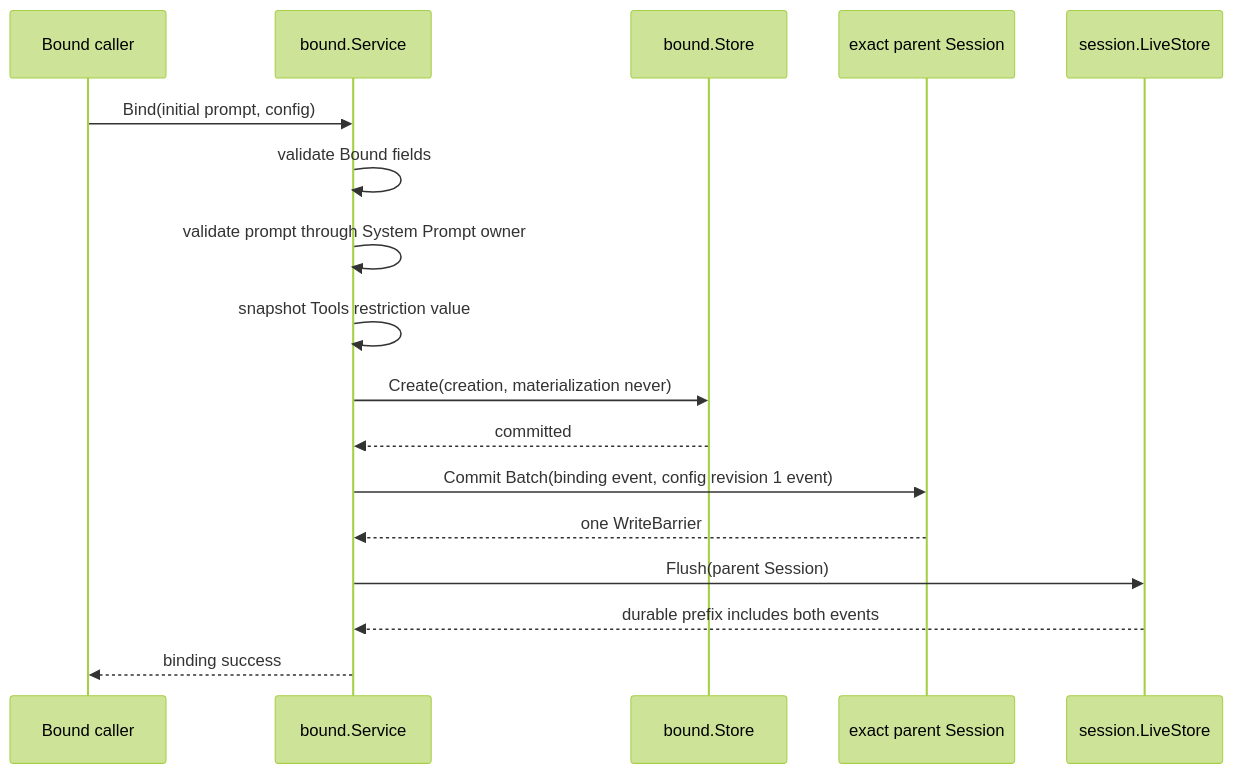
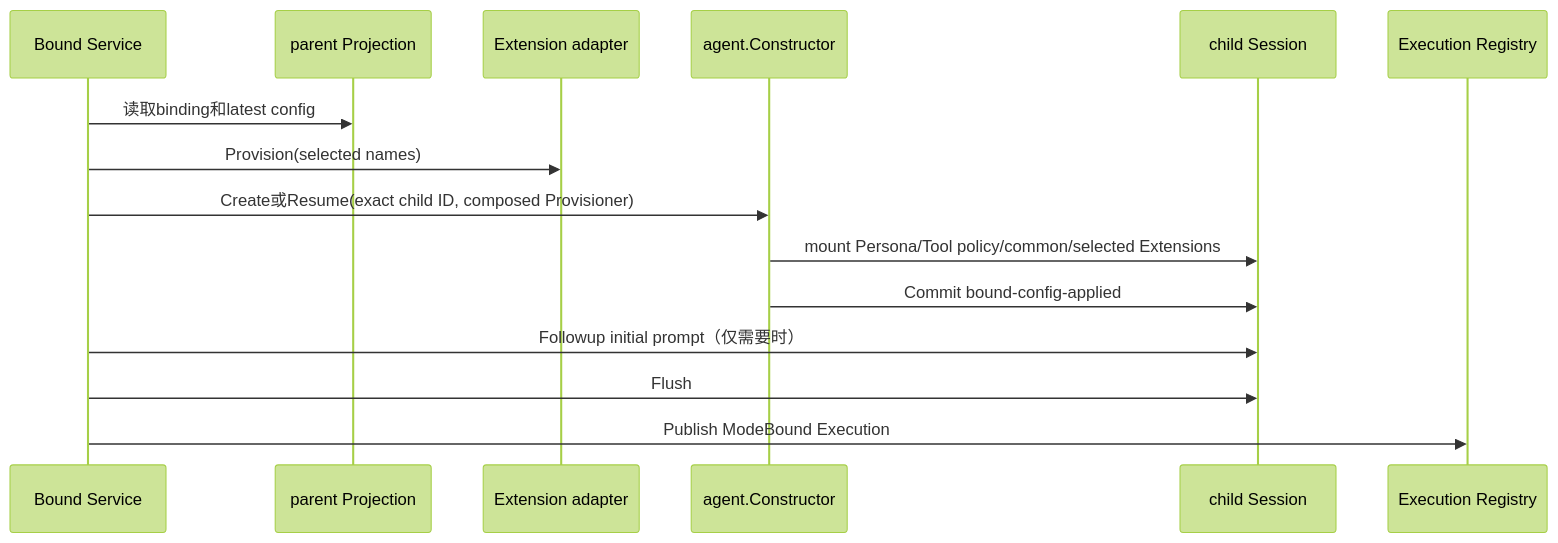
Before and after one commit to gorenx/goren: the first of 2 diagrams in subagent/docs/bound-config-management.zh-CN.md, drawn with Mermaid (forest theme). The commit also changed other lines of this file and 13 other files, not shown here.

Commit message:
docs(subagent): align bound config design

````diff
--- a/subagent/docs/bound-config-management.zh-CN.md
+++ b/subagent/docs/bound-config-management.zh-CN.md
@@ -342,20 +138,18 @@
 ```mermaid
 sequenceDiagram
-    participant C as Bound caller
-    participant B as bound.Service
-    participant R as bound.Store
-    participant S as exact parent Session
-    participant P as session.LiveStore
+    participant B as Bound Service
+    participant P as parent Projection
+    participant X as Extension adapter
+    participant A as agent.Constructor
+    participant C as child Session
+    participant R as Execution Registry
 
-    C->>B: Bind(initial prompt, config)
-    B->>B: validate Bound fields
-    B->>B: validate prompt through System Prompt owner
-    B->>B: snapshot Tools restriction value
-    B->>R: Create(creation, materialization never)
-    R-->>B: committed
-    B->>S: Commit Batch(binding event, config revision 1 event)
-    S-->>B: one WriteBarrier
-    B->>P: Flush(parent Session)
-    P-->>B: durable prefix includes both events
-    B-->>C: binding success
+    B->>P: 读取binding和latest config
+    B->>X: Provision(selected names)
+    B->>A: Create或Resume(exact child ID, composed Provisioner)
+    A->>C: mount Persona/Tool policy/common/selected Extensions
+    A->>C: Commit bound-config-applied
+    B->>C: Followup initial prompt（仅需要时）
+    B->>C: Flush
+    B->>R: Publish ModeBound Execution
 ```
````
